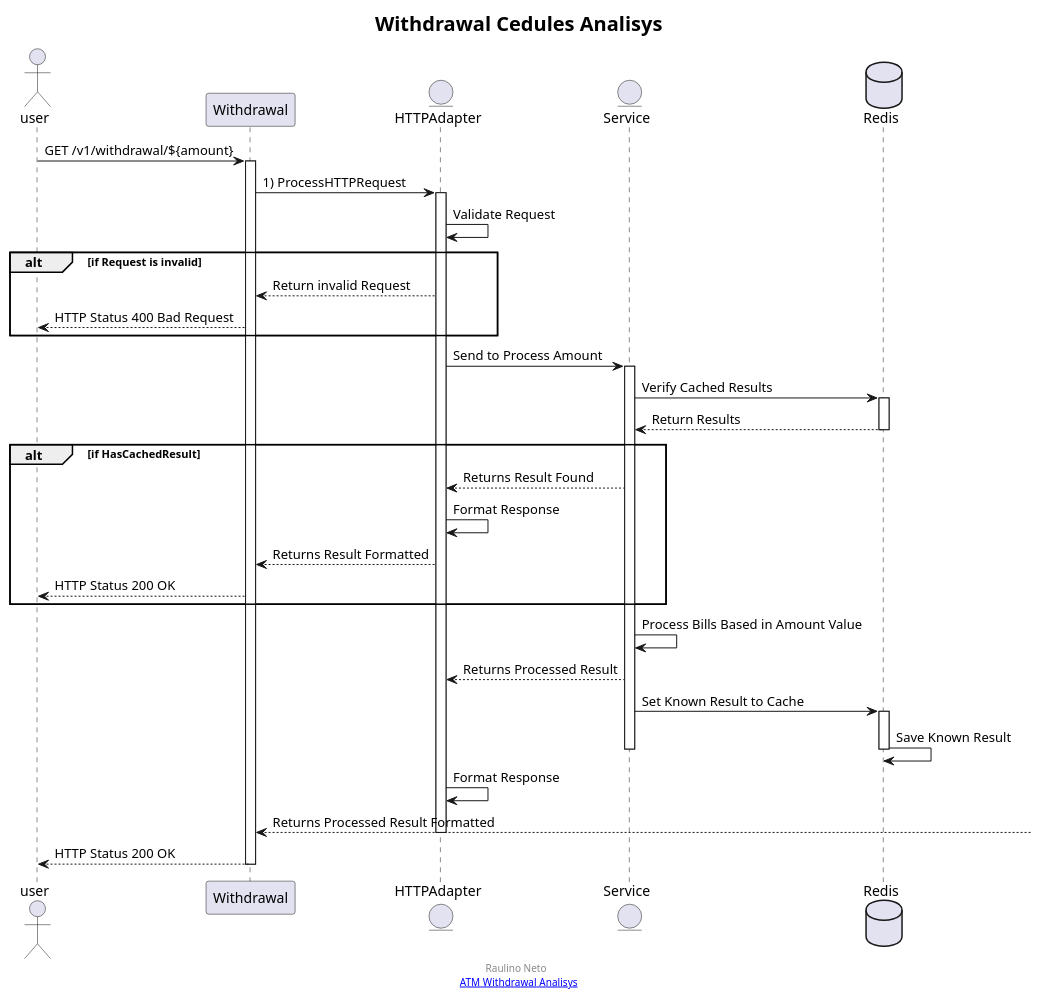
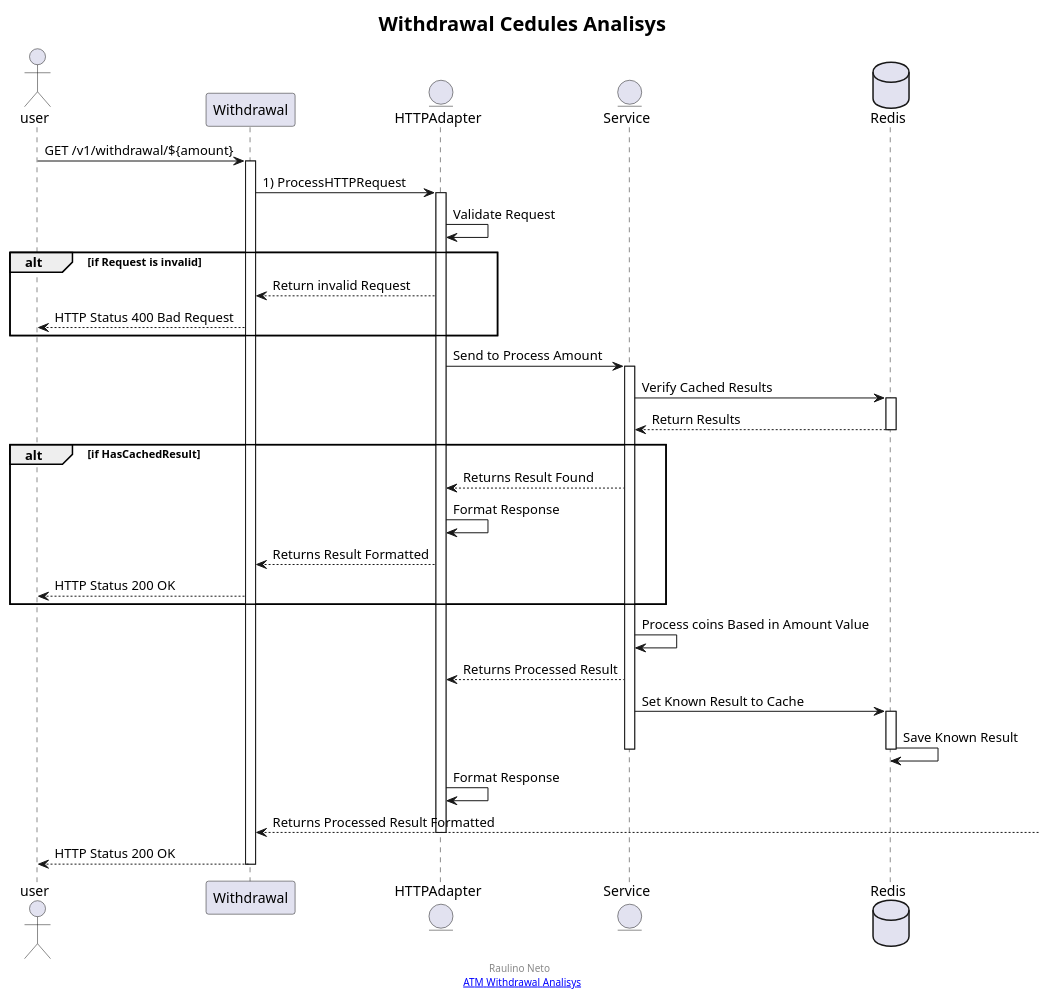
Before and after one commit to raulinoneto/atm-withdrawal-analisys: the diagram in docs/withdrawal.get.v1.plantuml, drawn with PlantUML. The commit also changed 5 other files, not shown here.

```diff
--- a/docs/withdrawal.get.v1.plantuml
+++ b/docs/withdrawal.get.v1.plantuml
@@ -1,44 +1,44 @@
 @startuml
 title <size:20> Withdrawal Cedules Analisys</size>
 footer  Raulino Neto\n  [[https://github.com/raulinoneto/atm-withdrawal-analisys ATM Withdrawal Analisys]]
 
 
 actor user
 participant Withdrawal
 entity HTTPAdapter
 entity Service
 database Redis
 user -> Withdrawal: GET /v1/withdrawal/${amount}
 activate Withdrawal
 Withdrawal -> HTTPAdapter: 1) ProcessHTTPRequest
     activate HTTPAdapter
         HTTPAdapter -> HTTPAdapter: Validate Request
         alt if Request is invalid
         Withdrawal <-- HTTPAdapter: Return invalid Request
         user <-- Withdrawal: HTTP Status 400 Bad Request
         end
           HTTPAdapter -> Service: Send to Process Amount
         activate Service
            Service -> Redis: Verify Cached Results
            activate Redis
            Service <-- Redis: Return Results
            deactivate Redis
            alt if HasCachedResult
                HTTPAdapter <-- Service : Returns Result Found
                HTTPAdapter -> HTTPAdapter: Format Response
                Withdrawal <-- HTTPAdapter: Returns Result Formatted
                user <-- Withdrawal: HTTP Status 200 OK
            end
-           Service -> Service: Process Bills Based in Amount Value
+           Service -> Service: Process coins Based in Amount Value
            HTTPAdapter <-- Service: Returns Processed Result
            Service -> Redis: Set Known Result to Cache
            activate Redis
                 Redis -> Redis : Save Known Result
            deactivate Redis
         deactivate Service
             HTTPAdapter -> HTTPAdapter: Format Response
             Withdrawal <-- : Returns Processed Result Formatted
     deactivate HTTPAdapter
 user <-- Withdrawal: HTTP Status 200 OK
 deactivate Withdrawal
 @enduml
```
